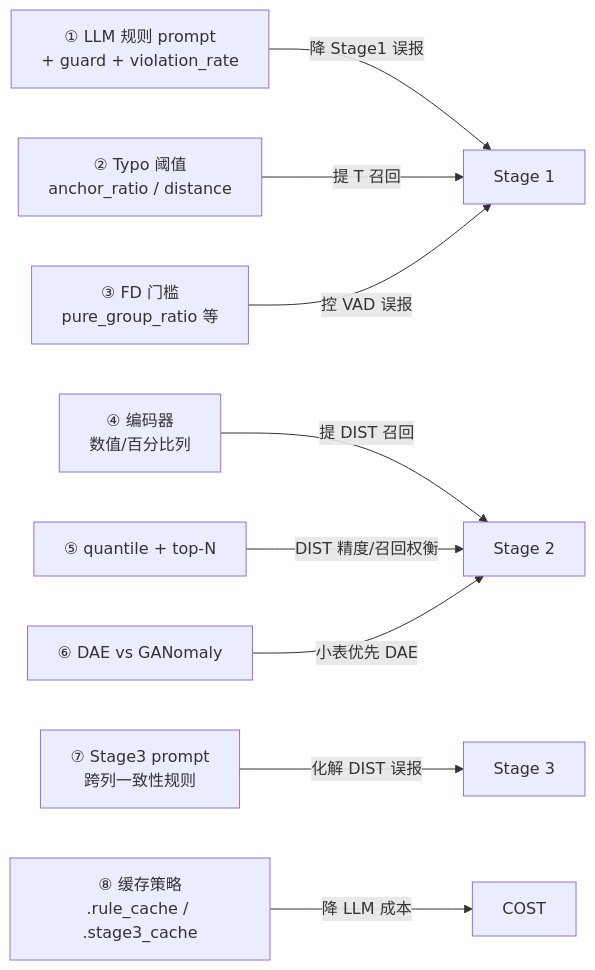
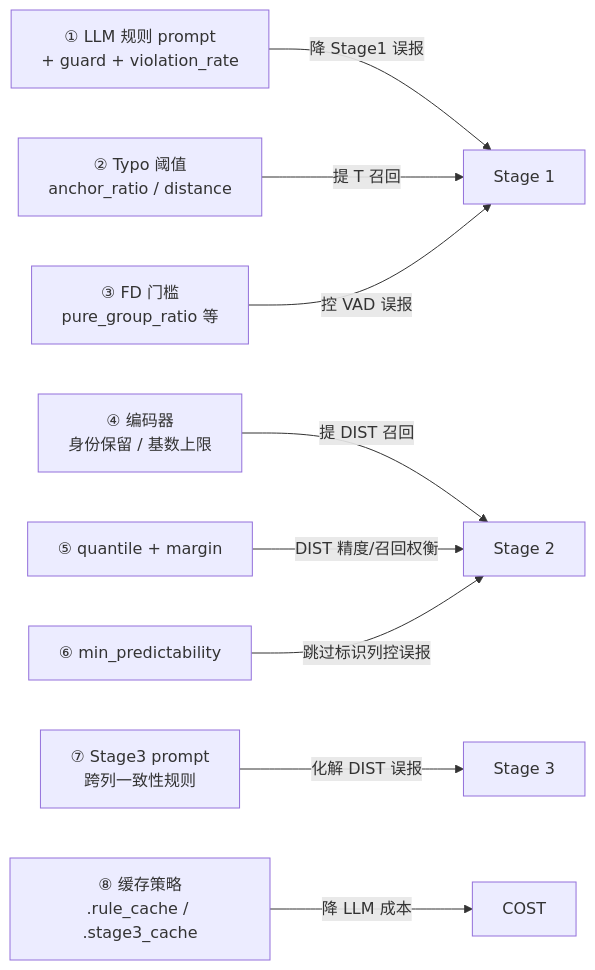
The eighth of 8 diagrams in PIPELINE.md (1993371829/error_detect), drawn with Mermaid before and after one commit. The commit also changed other lines of this file and 12 other files, not shown here.

````diff
--- a/PIPELINE.md
+++ b/PIPELINE.md
@@ -492,15 +488,15 @@
 ```mermaid
 flowchart LR
     O1["① LLM 规则 prompt<br/>+ guard + violation_rate"] -->|降 Stage1 误报| P1
     O2["② Typo 阈值<br/>anchor_ratio / distance"] -->|提 T 召回| P1
     O3["③ FD 门槛<br/>pure_group_ratio 等"] -->|控 VAD 误报| P1
-    O4["④ 编码器<br/>数值/百分比列"] -->|提 DIST 召回| P2
-    O5["⑤ quantile + top-N"] -->|DIST 精度/召回权衡| P2
-    O6["⑥ DAE vs GANomaly"] -->|小表优先 DAE| P2
+    O4["④ 编码器<br/>身份保留 / 基数上限"] -->|提 DIST 召回| P2
+    O5["⑤ quantile + margin"] -->|DIST 精度/召回权衡| P2
+    O6["⑥ min_predictability"] -->|跳过标识列控误报| P2
     O7["⑦ Stage3 prompt<br/>跨列一致性规则"] -->|化解 DIST 误报| P3
     O8["⑧ 缓存策略<br/>.rule_cache / .stage3_cache"] -->|降 LLM 成本| COST
 
     P1["Stage 1"]
     P2["Stage 2"]
     P3["Stage 3"]
 ```
````
